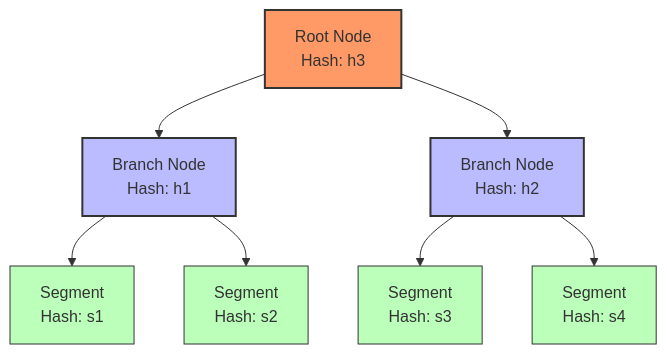
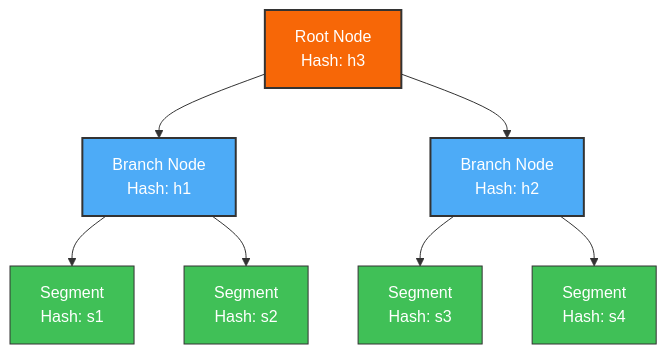
Before and after one commit to dialog-db/dialog-db: the fourth of 11 diagrams in notes/architecture overview.md, drawn with Mermaid. The commit also changed other lines of this file, not shown here.

````diff
--- a/notes/architecture overview.md
+++ b/notes/architecture overview.md
@@ -117,17 +117,17 @@
 ```mermaid
 flowchart TD
     Root["Root Node<br/>Hash: h3"] --> Branch1["Branch Node<br/>Hash: h1"]
     Root --> Branch2["Branch Node<br/>Hash: h2"]
     Branch1 --> Segment1["Segment<br/>Hash: s1"]
     Branch1 --> Segment2["Segment<br/>Hash: s2"]
     Branch2 --> Segment3["Segment<br/>Hash: s3"]
     Branch2 --> Segment4["Segment<br/>Hash: s4"]
 
-    style Root fill:#f96,stroke:#333,stroke-width:2px
-    style Branch1 fill:#bbf,stroke:#333,stroke-width:2px
-    style Branch2 fill:#bbf,stroke:#333,stroke-width:2px
-    style Segment1 fill:#bfb,stroke:#333,stroke-width:1px
-    style Segment2 fill:#bfb,stroke:#333,stroke-width:1px
-    style Segment3 fill:#bfb,stroke:#333,stroke-width:1px
-    style Segment4 fill:#bfb,stroke:#333,stroke-width:1px
+    style Root fill:#F76707,stroke:#333,stroke-width:2px,color:#FFFFFF
+    style Branch1 fill:#4DABF7,stroke:#333,stroke-width:2px,color:#FFFFFF
+    style Branch2 fill:#4DABF7,stroke:#333,stroke-width:2px,color:#FFFFFF
+    style Segment1 fill:#40C057,stroke:#333,stroke-width:1px,color:#FFFFFF
+    style Segment2 fill:#40C057,stroke:#333,stroke-width:1px,color:#FFFFFF
+    style Segment3 fill:#40C057,stroke:#333,stroke-width:1px,color:#FFFFFF
+    style Segment4 fill:#40C057,stroke:#333,stroke-width:1px,color:#FFFFFF
 ```
````
